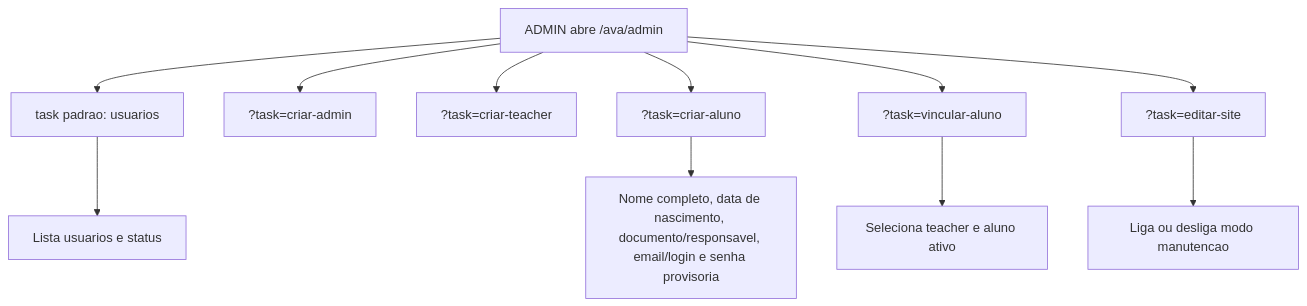
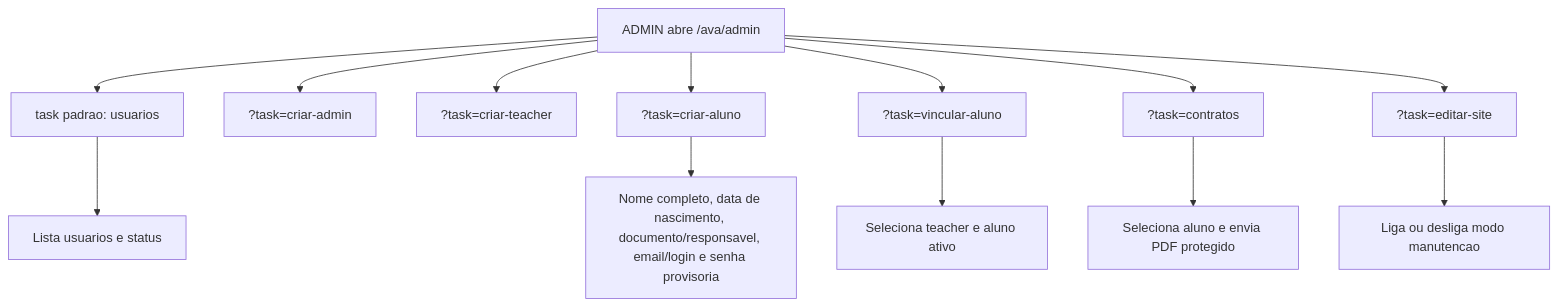
The eighth of 12 diagrams in docs/fluxos-ava.md (WilliYY/Candy-English), drawn with Mermaid before and after one commit. The commit also changed other lines of this file and 22 other files, not shown here.

````diff
--- a/docs/fluxos-ava.md
+++ b/docs/fluxos-ava.md
@@ -168,13 +169,15 @@
 ```mermaid
 flowchart TD
   A["ADMIN abre /ava/admin"] --> B["task padrao: usuarios"]
   B --> C["Lista usuarios e status"]
   A --> D["?task=criar-admin"]
   A --> E["?task=criar-teacher"]
   A --> F["?task=criar-aluno"]
   F --> F1["Nome completo, data de nascimento, documento/responsavel, email/login e senha provisoria"]
   A --> G["?task=vincular-aluno"]
   G --> G1["Seleciona teacher e aluno ativo"]
-  A --> H["?task=editar-site"]
-  H --> H1["Liga ou desliga modo manutencao"]
+  A --> H["?task=contratos"]
+  H --> H1["Seleciona aluno e envia PDF protegido"]
+  A --> I["?task=editar-site"]
+  I --> I1["Liga ou desliga modo manutencao"]
 ```
````
